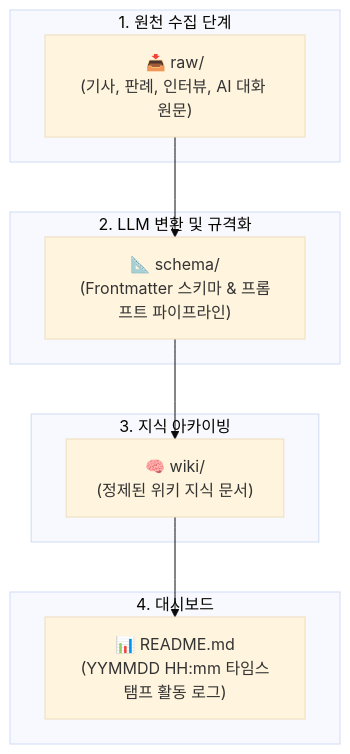
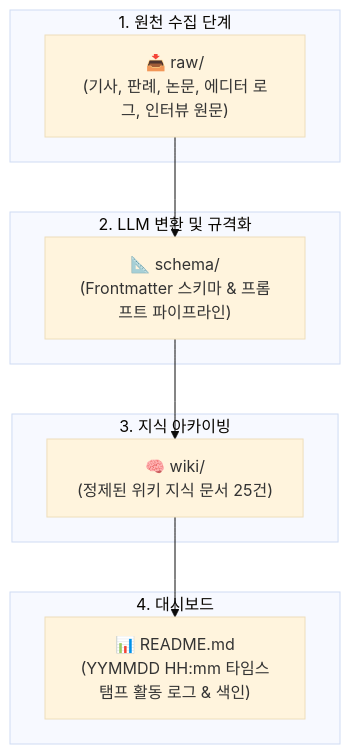
The diagram in README.md (semi282/AMANBO), drawn with Mermaid (base theme) before and after one commit. The commit also changed other lines of this file and 16 other files, not shown here.

````diff
--- a/README.md
+++ b/README.md
@@ -29,22 +55,22 @@
 ```mermaid
 flowchart TD
     subgraph 1. 원천 수집 단계
-        R["📥 raw/<br>(기사, 판례, 인터뷰, AI 대화 원문)"]
+        R["📥 raw/<br>(기사, 판례, 논문, 에디터 로그, 인터뷰 원문)"]
     end
 
     subgraph 2. LLM 변환 및 규격화
         S["📐 schema/<br>(Frontmatter 스키마 & 프롬프트 파이프라인)"]
     end
 
     subgraph 3. 지식 아카이빙
-        W["🧠 wiki/<br>(정제된 위키 지식 문서)"]
+        W["🧠 wiki/<br>(정제된 위키 지식 문서 25건)"]
     end
 
     subgraph 4. 대시보드
-        D["📊 README.md<br>(YYMMDD HH:mm 타임스탬프 활동 로그)"]
+        D["📊 README.md<br>(YYMMDD HH:mm 타임스탬프 활동 로그 & 색인)"]
     end
 
     R --> S
     S --> W
     W --> D
 ```
````
